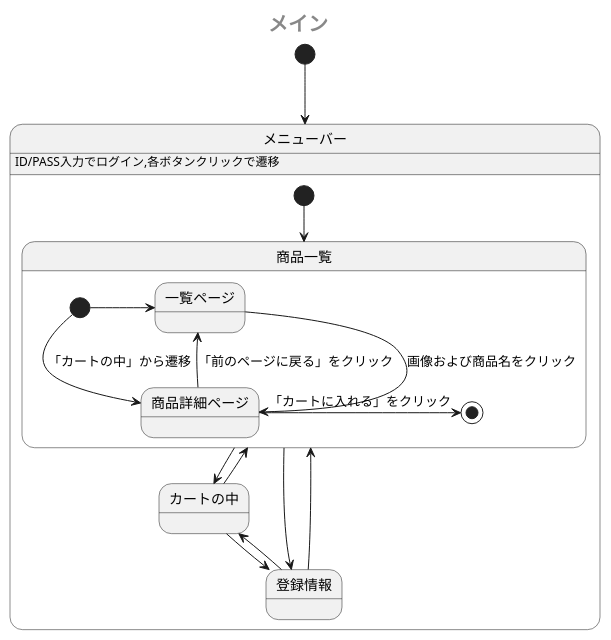
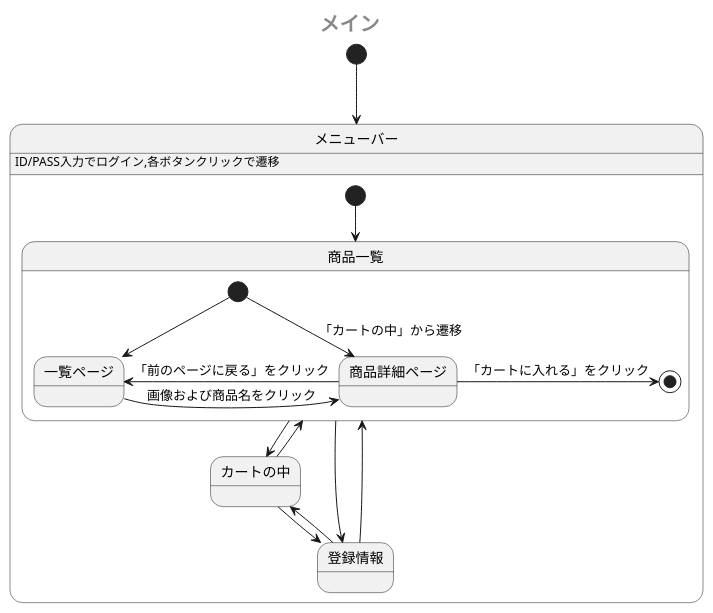
Before and after one commit to Aso2001385/2021sys-design: the first of 2 diagrams in sample/StateMachine.md, drawn with PlantUML.

````diff
--- a/sample/StateMachine.md
+++ b/sample/StateMachine.md
@@ -1,29 +1,29 @@
 ```uml
 @startuml
  center header <size:20><b>メイン</b></size>
  [*] --> メニューバー
  state メニューバー {
    メニューバー: ID/PASS入力でログイン,各ボタンクリックで遷移
    [*] --> 商品一覧
    state 商品一覧 {
-    [*] -> 一覧ページ
+    [*] --> 一覧ページ
     [*] --> 商品詳細ページ: 「カートの中」から遷移
     一覧ページ -right-> 商品詳細ページ: 画像および商品名をクリック
     商品詳細ページ -left-> 一覧ページ: 「前のページに戻る」をクリック
     商品詳細ページ -right-> [*]: 「カートに入れる」をクリック
     
    }
    商品一覧 -down-> カートの中
    カートの中 -up-> 商品一覧
    カートの中 -down-> 登録情報
    登録情報 -up-> カートの中
    商品一覧 -right-> 登録情報
    商品一覧 -[hidden]> 登録情報
    登録情報 -left-> 商品一覧
    登録情報 -[hidden]> 商品一覧
    
 
  }
  
 @enduml
 ```
````
